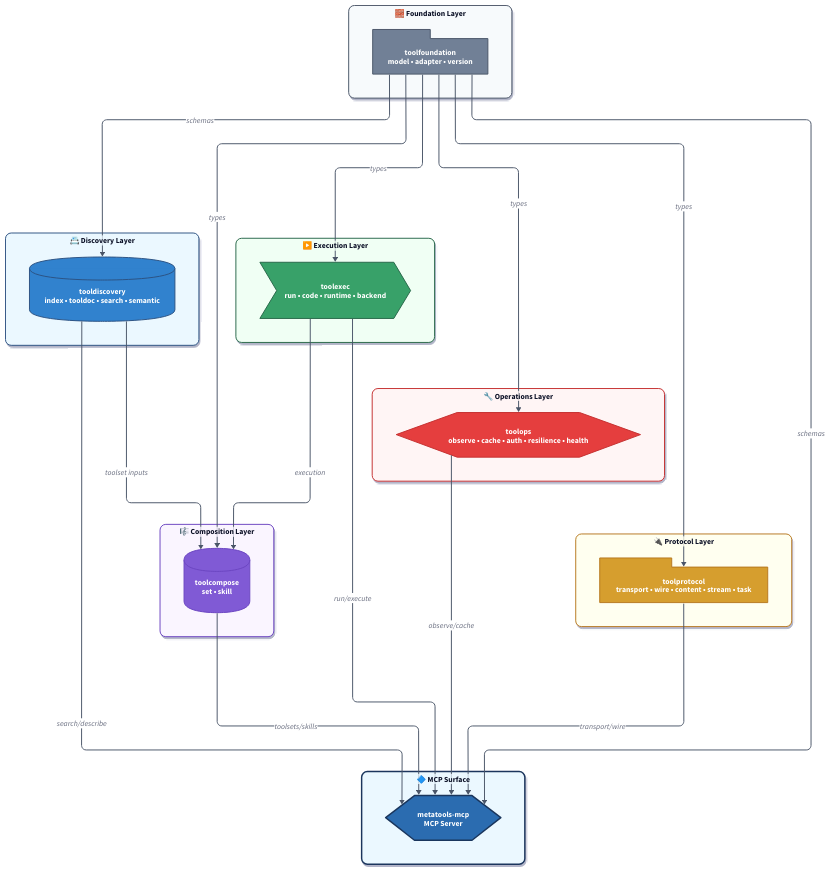
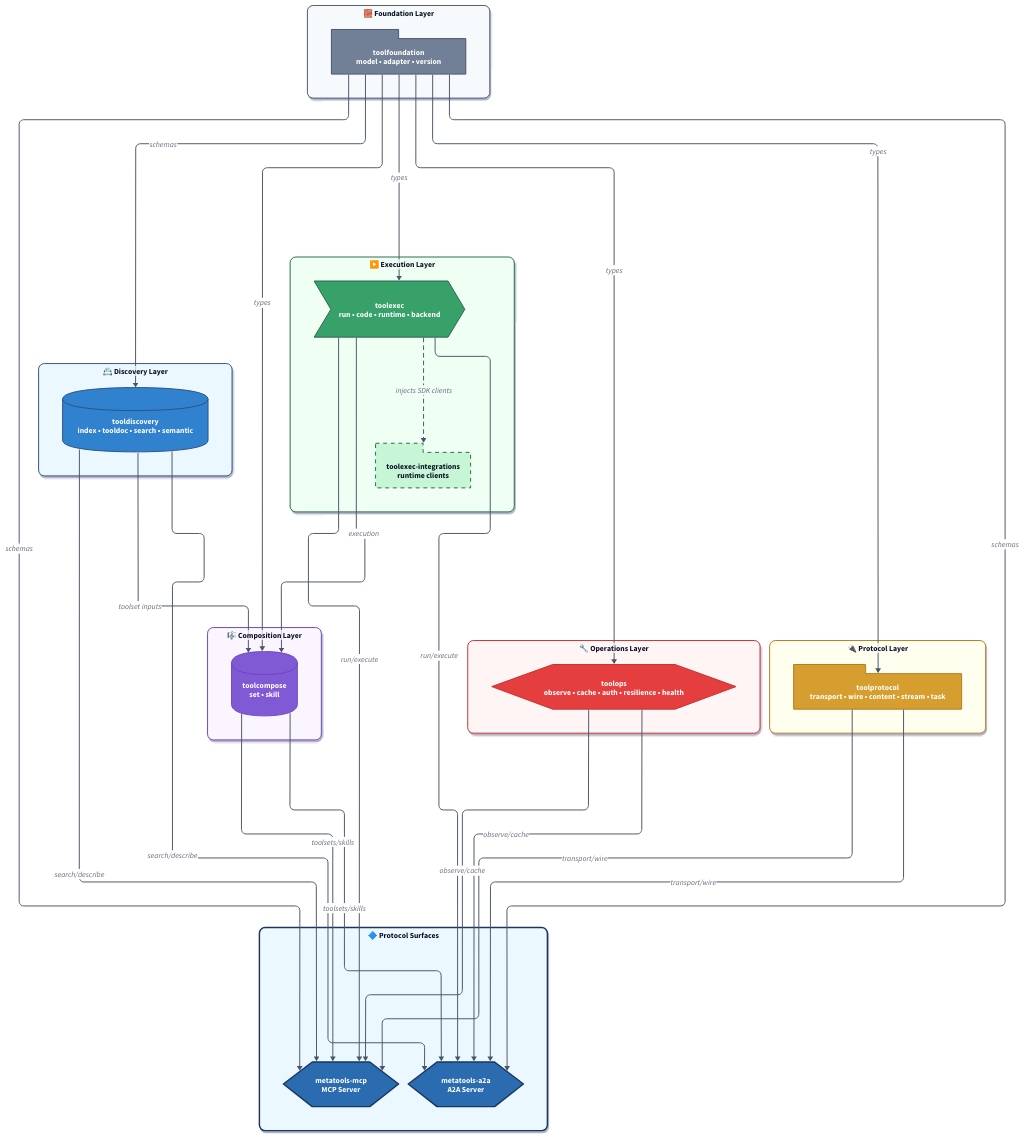
The diagram in docs/diagrams/stack-layering-model.d2 (jonwraymond/ai-tools-stack), drawn with D2 before and after one commit. The commit also changed 34 other files, not shown here.

First line of the commit message:
docs: add toolexec-integrations to stack (#17)

```diff
--- a/docs/diagrams/stack-layering-model.d2
+++ b/docs/diagrams/stack-layering-model.d2
@@ -1,102 +1,118 @@
 # ApertureStack Layering Model (Consolidated)
-# 6 library repos + surface
+# 6 library repos + protocol surfaces
 
 direction: down
 
 vars: {
   d2-config: {
     layout-engine: elk
     theme-id: 0
   }
   foundation-fill: "#718096"
   foundation-stroke: "#4a5568"
   discovery-fill: "#3182ce"
   discovery-stroke: "#2c5282"
   execution-fill: "#38a169"
   execution-stroke: "#276749"
   composition-fill: "#805ad5"
   composition-stroke: "#6b46c1"
   operations-fill: "#e53e3e"
   operations-stroke: "#c53030"
   protocol-fill: "#d69e2e"
   protocol-stroke: "#b7791f"
   surface-fill: "#2b6cb0"
   surface-stroke: "#1a365d"
 }
 
 classes: {
   layer: {
     style: {
       border-radius: 12
       shadow: true
       font-size: 16
       bold: true
     }
   }
   foundation-component: { style: { fill: ${foundation-fill}; stroke: ${foundation-stroke}; stroke-width: 2; font-color: "#fff" } }
   discovery-component: { style: { fill: ${discovery-fill}; stroke: ${discovery-stroke}; stroke-width: 2; font-color: "#fff" } }
   execution-component: { style: { fill: ${execution-fill}; stroke: ${execution-stroke}; stroke-width: 2; font-color: "#fff" } }
   composition-component: { style: { fill: ${composition-fill}; stroke: ${composition-stroke}; stroke-width: 2; font-color: "#fff" } }
   operations-component: { style: { fill: ${operations-fill}; stroke: ${operations-stroke}; stroke-width: 2; font-color: "#fff" } }
   protocol-component: { style: { fill: ${protocol-fill}; stroke: ${protocol-stroke}; stroke-width: 2; font-color: "#fff" } }
   surface-component: { style: { fill: ${surface-fill}; stroke: ${surface-stroke}; stroke-width: 3; font-color: "#fff" } }
   data-flow: { style: { stroke: "#4a5568"; stroke-width: 2 } }
 }
 
 layer_foundation: "🧱 Foundation Layer" {
   class: layer
   style: { fill: "#f7fafc"; stroke: ${foundation-stroke} }
   toolfoundation: "toolfoundation\nmodel • adapter • version" { shape: package; class: foundation-component }
 }
 
 layer_discovery: "📇 Discovery Layer" {
   class: layer
   style: { fill: "#ebf8ff"; stroke: ${discovery-stroke} }
   tooldiscovery: "tooldiscovery\nindex • tooldoc • search • semantic" { shape: cylinder; class: discovery-component }
 }
 
 layer_execution: "▶️ Execution Layer" {
   class: layer
   style: { fill: "#f0fff4"; stroke: ${execution-stroke} }
   toolexec: "toolexec\nrun • code • runtime • backend" { shape: step; class: execution-component }
+  toolexec_integrations: "toolexec-integrations\nruntime clients" {
+    shape: package
+    style: { fill: "#c6f6d5"; stroke: ${execution-stroke}; stroke-width: 2; stroke-dash: 4 }
+  }
 }
 
 layer_composition: "🎼 Composition Layer" {
   class: layer
   style: { fill: "#faf5ff"; stroke: ${composition-stroke} }
   toolcompose: "toolcompose\nset • skill" { shape: cylinder; class: composition-component }
 }
 
 layer_operations: "🔧 Operations Layer" {
   class: layer
   style: { fill: "#fff5f5"; stroke: ${operations-stroke} }
   toolops: "toolops\nobserve • cache • auth • resilience • health" { shape: hexagon; class: operations-component }
 }
 
 layer_protocol: "🔌 Protocol Layer" {
   class: layer
   style: { fill: "#fffff0"; stroke: ${protocol-stroke} }
   toolprotocol: "toolprotocol\ntransport • wire • content • stream • task" { shape: package; class: protocol-component }
 }
 
-layer_surface: "🔷 MCP Surface" {
+layer_surface: "🔷 Protocol Surfaces" {
   class: layer
   style: { fill: "#ebf8ff"; stroke: ${surface-stroke}; stroke-width: 3 }
   metatools: "metatools-mcp\nMCP Server" { shape: hexagon; class: surface-component }
+  metatools_a2a: "metatools-a2a\nA2A Server" { shape: hexagon; class: surface-component }
 }
 
 layer_foundation.toolfoundation -> layer_discovery.tooldiscovery: "schemas" { class: data-flow }
 layer_foundation.toolfoundation -> layer_execution.toolexec: "types" { class: data-flow }
 layer_foundation.toolfoundation -> layer_composition.toolcompose: "types" { class: data-flow }
 layer_foundation.toolfoundation -> layer_operations.toolops: "types" { class: data-flow }
 layer_foundation.toolfoundation -> layer_protocol.toolprotocol: "types" { class: data-flow }
 
 layer_discovery.tooldiscovery -> layer_composition.toolcompose: "toolset inputs" { class: data-flow }
 layer_execution.toolexec -> layer_composition.toolcompose: "execution" { class: data-flow }
+layer_execution.toolexec -> layer_execution.toolexec_integrations: "injects SDK clients" {
+  class: data-flow
+  style: { stroke-dash: 4 }
+}
 
 layer_protocol.toolprotocol -> layer_surface.metatools: "transport/wire" { class: data-flow }
 layer_operations.toolops -> layer_surface.metatools: "observe/cache" { class: data-flow }
 layer_composition.toolcompose -> layer_surface.metatools: "toolsets/skills" { class: data-flow }
 layer_execution.toolexec -> layer_surface.metatools: "run/execute" { class: data-flow }
 layer_discovery.tooldiscovery -> layer_surface.metatools: "search/describe" { class: data-flow }
 layer_foundation.toolfoundation -> layer_surface.metatools: "schemas" { class: data-flow }
+
+layer_protocol.toolprotocol -> layer_surface.metatools_a2a: "transport/wire" { class: data-flow }
+layer_operations.toolops -> layer_surface.metatools_a2a: "observe/cache" { class: data-flow }
+layer_composition.toolcompose -> layer_surface.metatools_a2a: "toolsets/skills" { class: data-flow }
+layer_execution.toolexec -> layer_surface.metatools_a2a: "run/execute" { class: data-flow }
+layer_discovery.tooldiscovery -> layer_surface.metatools_a2a: "search/describe" { class: data-flow }
+layer_foundation.toolfoundation -> layer_surface.metatools_a2a: "schemas" { class: data-flow }
```
